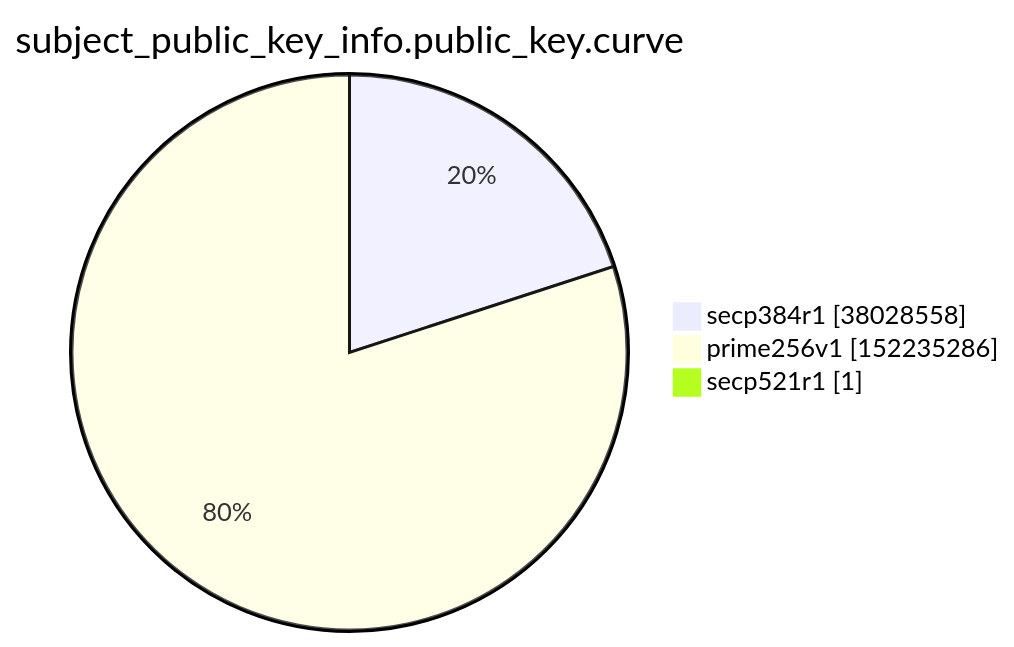
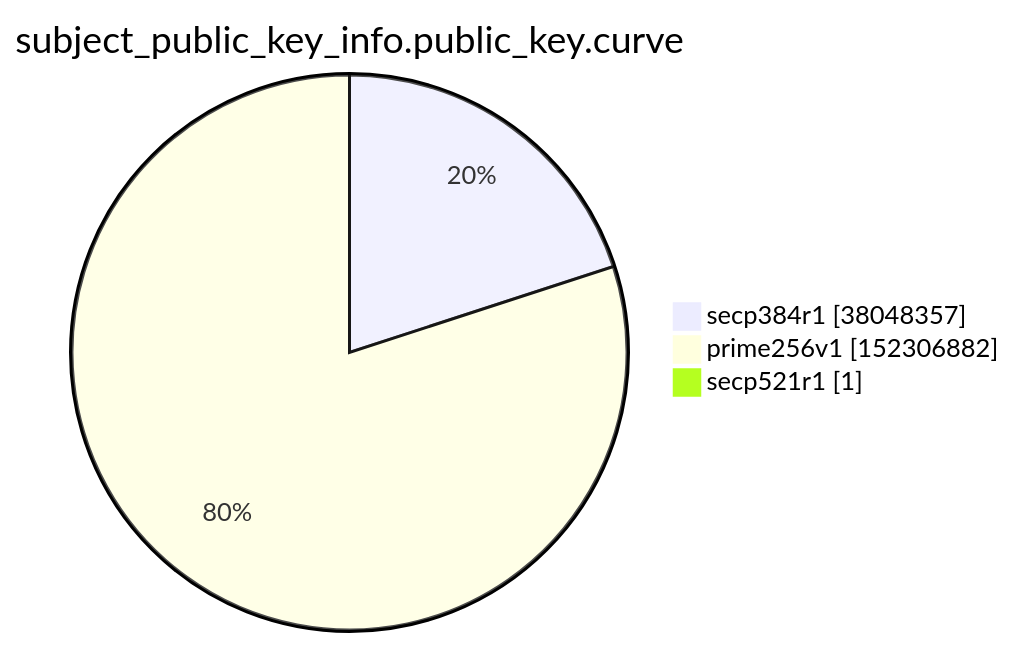
One commit to christiankrug/ctmonitor_visualization changed the ninth of 15 diagrams in xenon2022/README.md. Above: the diagram before and after it, drawn with Mermaid. The commit also changed other lines of this file, not shown here.

````diff
--- a/xenon2022/README.md
+++ b/xenon2022/README.md
@@ -2860,7 +2860,7 @@
 ```mermaid
 pie showData
 title subject_public_key_info.public_key.curve
-"secp384r1" :38028558
-"prime256v1" :152235286
+"secp384r1" :38048357
+"prime256v1" :152306882
 "secp521r1" :1
 ```
````
